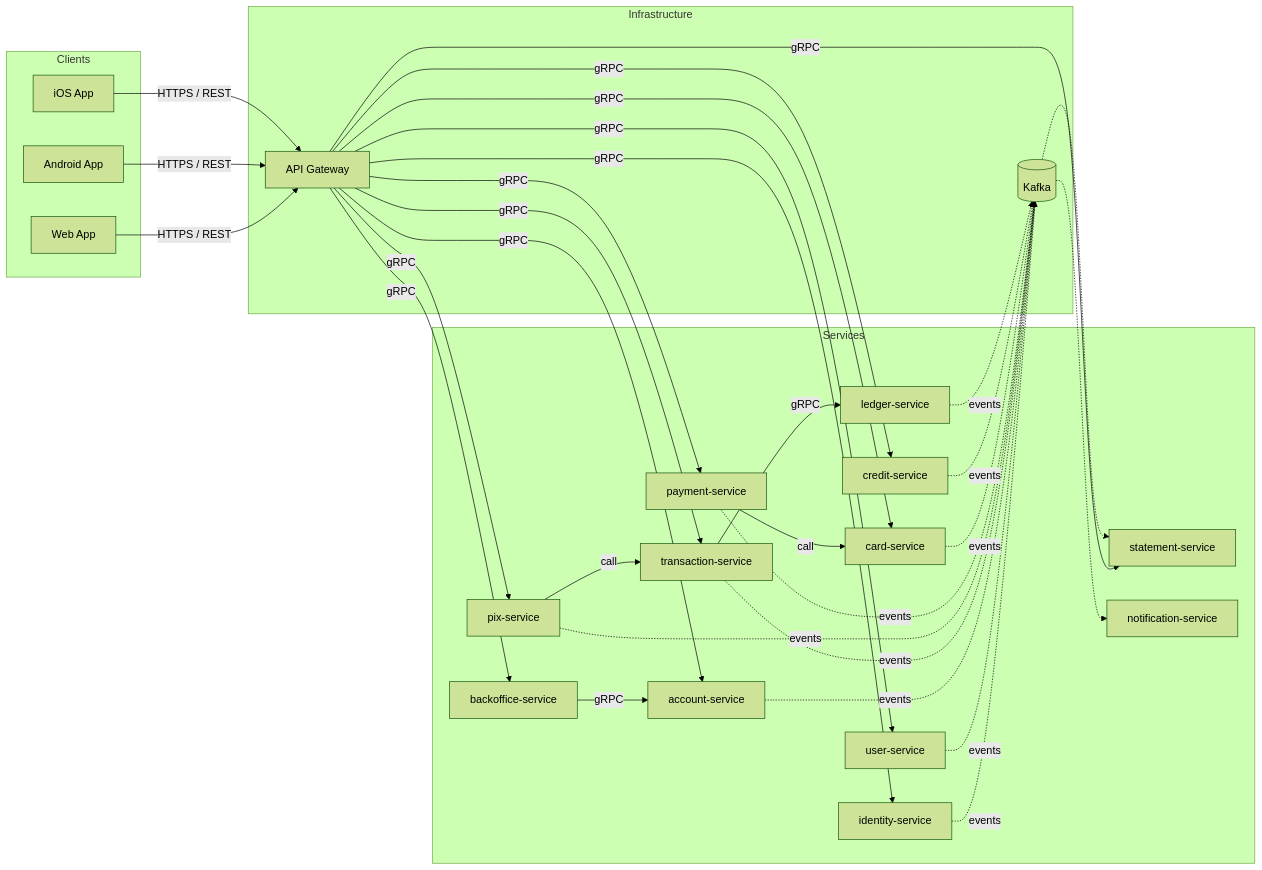
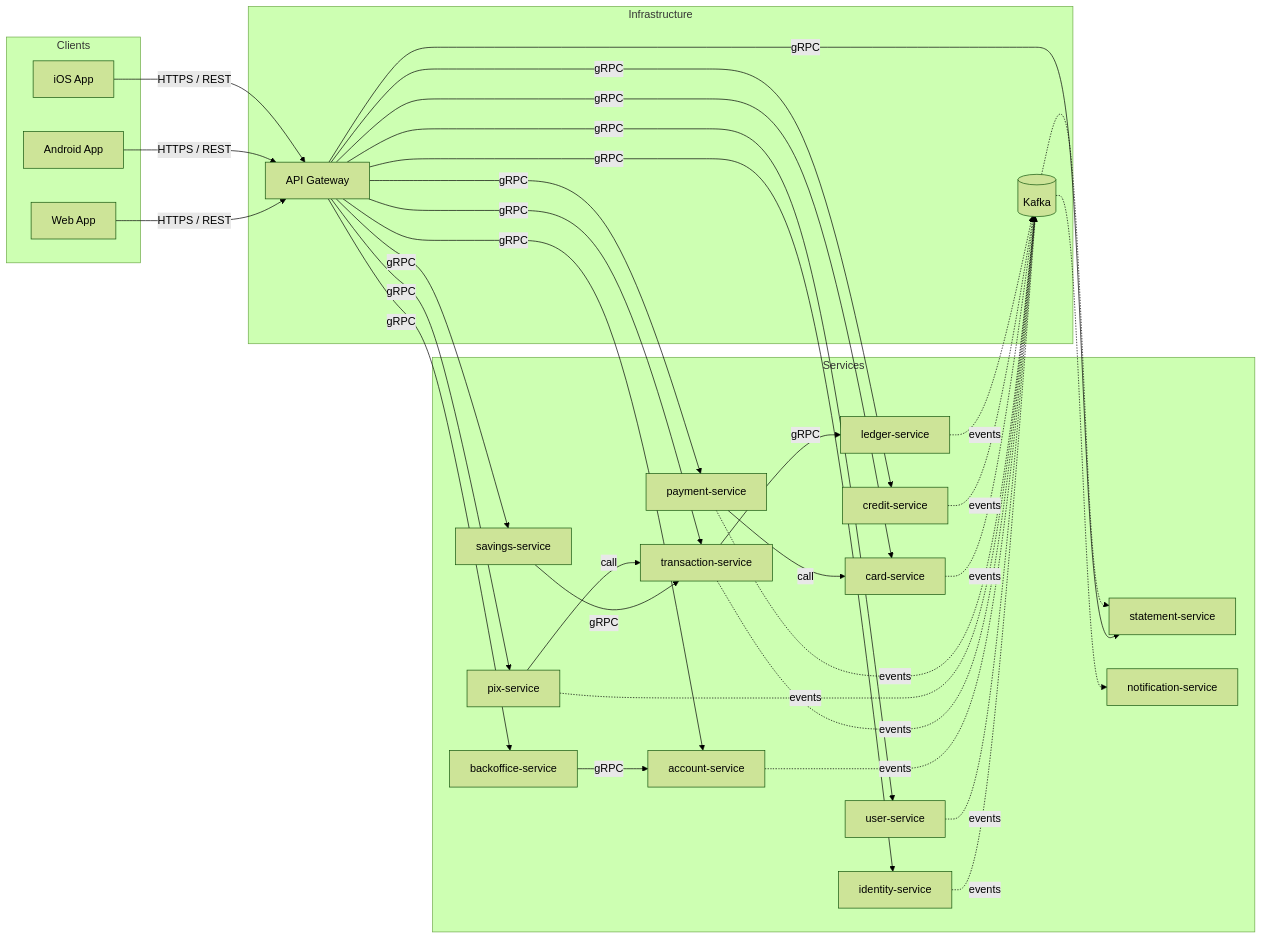
Before and after one commit to ViniciusMicarelli/digital-bank-platform: the diagram in docs/architecture/overview.md, drawn with Mermaid (forest theme). The commit also changed other lines of this file and 59 other files, not shown here.

````diff
--- a/docs/architecture/overview.md
+++ b/docs/architecture/overview.md
@@ -66,49 +67,52 @@
 ```mermaid
 flowchart LR
     subgraph Clients
         WEB[Web App]
         AND[Android App]
         IOS[iOS App]
     end
 
     subgraph Infrastructure
         GW[API Gateway]
         BUS[(Kafka)]
     end
 
     subgraph Services
         IDN[identity-service]
         USR[user-service]
         ACC[account-service]
         TRX[transaction-service]
         LED[ledger-service]
         PIX[pix-service]
         PAY[payment-service]
         CRD[card-service]
         CRE[credit-service]
         STM[statement-service]
         NOT[notification-service]
         BO[backoffice-service]
+        SAV[savings-service]
     end
 
     WEB & AND & IOS -->|HTTPS / REST| GW
     GW -->|gRPC| IDN
     GW -->|gRPC| USR
     GW -->|gRPC| ACC
     GW -->|gRPC| TRX
     GW -->|gRPC| PIX
     GW -->|gRPC| PAY
     GW -->|gRPC| CRD
     GW -->|gRPC| CRE
     GW -->|gRPC| STM
     GW -->|gRPC| BO
+    GW -->|gRPC| SAV
+    SAV -->|gRPC| TRX
     BO -->|gRPC| ACC
 
     TRX -->|gRPC| LED
     PIX -->|call| TRX
     PAY -->|call| CRD
 
     IDN & USR & ACC & TRX & PIX & PAY & CRD & CRE & LED -.->|events| BUS
     BUS -.-> STM
     BUS -.-> NOT
 ```
````
